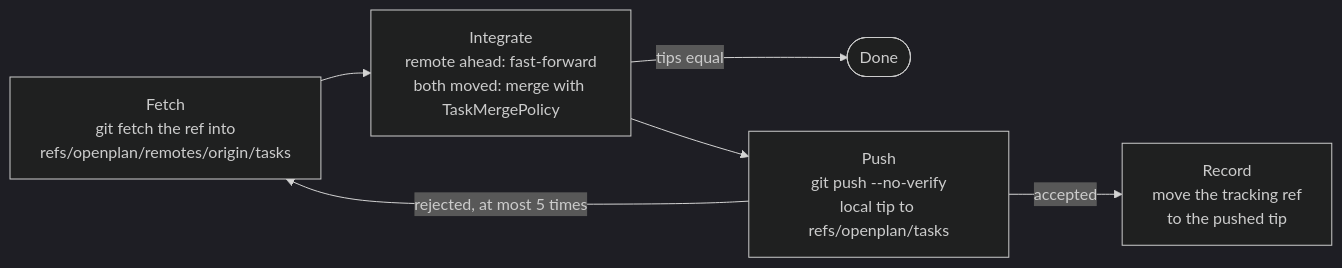
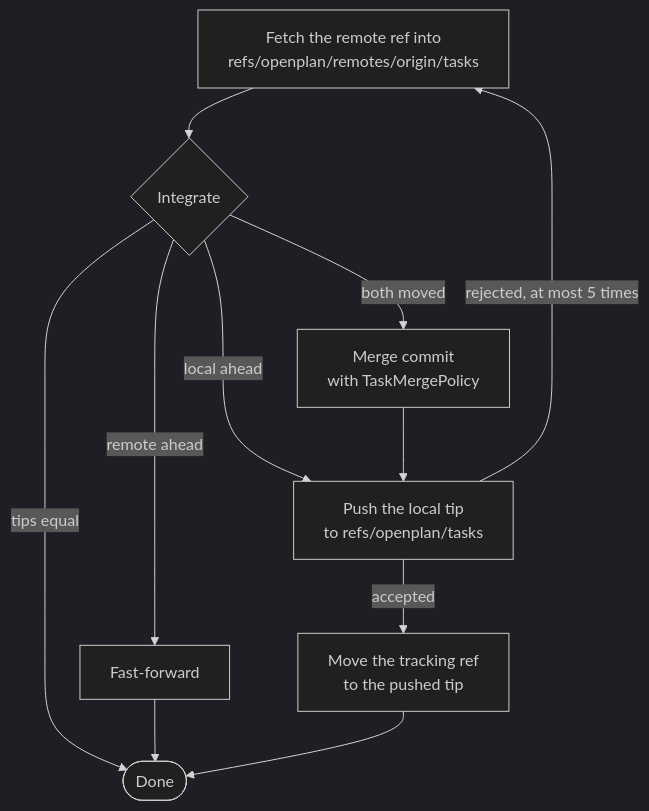
One commit to sukovanej/openplan changed the diagram in docs/storage-and-sync.md. Above: the diagram before and after it, drawn with Mermaid (dark theme).

Commit message:
doc storage-and-sync: edit
Via: claude-code

````diff
--- a/docs/storage-and-sync.md
+++ b/docs/storage-and-sync.md
@@ -66,13 +66,20 @@
 ```mermaid
-flowchart LR
-  fetch["Fetch<br/>git fetch the ref into<br/>refs/openplan/remotes/origin/tasks"]
-  integrate["Integrate<br/>remote ahead: fast-forward<br/>both moved: merge with TaskMergePolicy"]
-  push["Push<br/>git push --no-verify<br/>local tip to refs/openplan/tasks"]
-  record["Record<br/>move the tracking ref<br/>to the pushed tip"]
+flowchart TD
+  fetch["Fetch the remote ref into<br/>refs/openplan/remotes/origin/tasks"]
+  integrate{"Integrate"}
+  ff["Fast-forward"]
+  merge["Merge commit<br/>with TaskMergePolicy"]
+  push["Push the local tip<br/>to refs/openplan/tasks"]
+  record["Move the tracking ref<br/>to the pushed tip"]
   done(["Done"])
   fetch --> integrate
+  integrate -- "remote ahead" --> ff
+  integrate -- "both moved" --> merge
+  integrate -- "local ahead" --> push
   integrate -- "tips equal" --> done
-  integrate --> push
+  ff --> done
+  merge --> push
   push -- "accepted" --> record
   push -- "rejected, at most 5 times" --> fetch
+  record --> done
 ```
````
